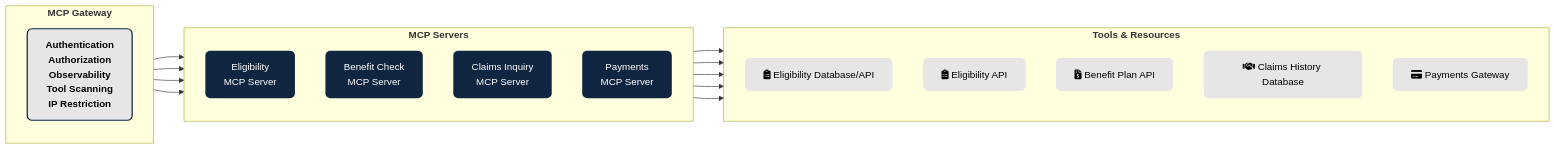
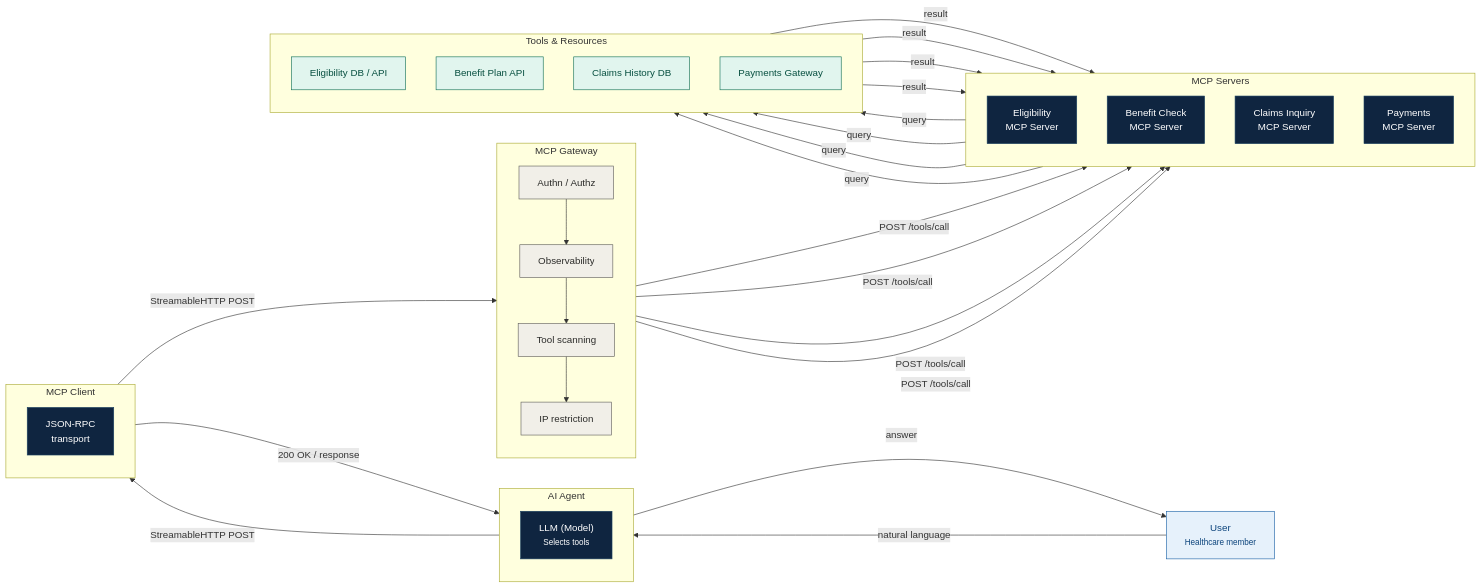
One commit to immannan/healthcare-mcp changed the diagram in diagrams/mcp.mmd. Above: the diagram before and after it, drawn with Mermaid. The commit also changed 18 other files, not shown here.

```diff
--- a/diagrams/mcp.mmd
+++ b/diagrams/mcp.mmd
@@ -1,48 +1,64 @@
-graph LR
+flowchart LR
+  User["User<br/><small>Healthcare member</small>"]:::user
 
-    subgraph "<b>MCP Gateway</b>"
-        direction TB
-        Gateway["<b>Authentication</b>
-        <b>Authorization</b>
-        <b>Observability</b>
-        <b>Tool Scanning</b><br/>IP Restriction"]
-    end
+  subgraph Agent["AI Agent"]
+    direction TB
+    Orch["LLM (Model)<br/><small>Selects tools</small>"]:::srv
+  end
 
-    subgraph "<b>MCP Servers</b>"
-        direction TB
-        Server1["Eligibility<br>MCP Server"]
-        Server2["Benefit Check<br>MCP Server"]
-        Server3["Claims Inquiry<br>MCP Server"]
-        Server4["Payments<br> MCP Server"]
-    end
+  subgraph Client["MCP Client"]
+    direction TB
+    Transport["JSON-RPC<br/>transport"]:::srv
+  end
 
-    subgraph "<b>Tools & Resources</b>"
-        direction TB
-        Tool1["fa:fa-clipboard-list Eligibility Database/API"]
-        Tool5["fa:fa-clipboard-list Eligibility API"]
-        Tool2["fa:fa-file-invoice-dollar Benefit Plan API"]
-        Tool3["fa:fa-handshake Claims History Database"]
-        Tool4["fa:fa-credit-card Payments Gateway"]
-    end
+  subgraph GW["MCP Gateway"]
+    direction TB
+    Auth["Authn / Authz"]:::gw
+    Obs["Observability"]:::gw
+    Scan["Tool scanning"]:::gw
+    IP["IP restriction"]:::gw
+  end
 
-    Gateway --> Server1
-    Gateway --> Server2
-    Gateway --> Server3
-    Gateway --> Server4
+  subgraph Servers["MCP Servers"]
+    direction TB
+    S1["Eligibility<br/>MCP Server"]:::srv
+    S2["Benefit Check<br/>MCP Server"]:::srv
+    S3["Claims Inquiry<br/>MCP Server"]:::srv
+    S4["Payments<br/>MCP Server"]:::srv
+  end
 
-    Server1 --> Tool1
-    Server1 --> Tool5
-    Server2 --> Tool2
-    Server3 --> Tool3
-    Server4 --> Tool4
+  subgraph Tools["Tools & Resources"]
+    direction TB
+    T1["Eligibility DB / API"]:::tool
+    T2["Benefit Plan API"]:::tool
+    T3["Claims History DB"]:::tool
+    T4["Payments Gateway"]:::tool
+  end
 
-    %% Styling
-    classDef agentStyle fill:#0F2540,color:#fff,stroke-width:0px,rx:8,ry:8,font-weight:bold
-    classDef gatewayStyle fill:#e6e6e6,color:#000,stroke-width:2px,stroke:#0F2540,font-weight:bold,rx:8,ry:8
-    classDef serverStyle fill:#0F2540,color:#fff,stroke-width:0px,rx:8,ry:8
-    classDef toolStyle fill:#e6e6e6,color:#000,stroke-width:0px,rx:8,ry:8
+  User -- "natural language" --> Orch
+  Orch -- "StreamableHTTP POST" --> Transport
+  Transport -- "StreamableHTTP POST" --> Auth
+  Auth --> Obs --> Scan --> IP
 
-    class Agent1,Agent2,Agent3 agentStyle;
-    class Gateway gatewayStyle;
-    class Server1,Server2,Server3,Server4 serverStyle;
-    class Tool1,Tool2,Tool3,Tool4,Tool5 toolStyle;
+  IP -- "POST /tools/call" --> S1
+  IP -- "POST /tools/call" --> S2
+  IP -- "POST /tools/call" --> S3
+  IP -- "POST /tools/call" --> S4
+
+  S1 -- "query" --> T1
+  S2 -- "query" --> T2
+  S3 -- "query" --> T3
+  S4 -- "query" --> T4
+
+  T1 -- "result" --> S1
+  T2 -- "result" --> S2
+  T3 -- "result" --> S3
+  T4 -- "result" --> S4
+
+  Transport -- "200 OK / response" --> Orch
+  Orch -- "answer" --> User
+
+  classDef user fill:#e6f1fb,color:#0c447c,stroke:#185fa5,stroke-width:1px
+  classDef gw   fill:#f1efe8,color:#2c2c2a,stroke:#5f5e5a,stroke-width:1px
+  classDef srv  fill:#0F2540,color:#ffffff,stroke:#1a4060,stroke-width:1px
+  classDef tool fill:#e1f5ee,color:#085041,stroke:#0f6e56,stroke-width:1px
```
